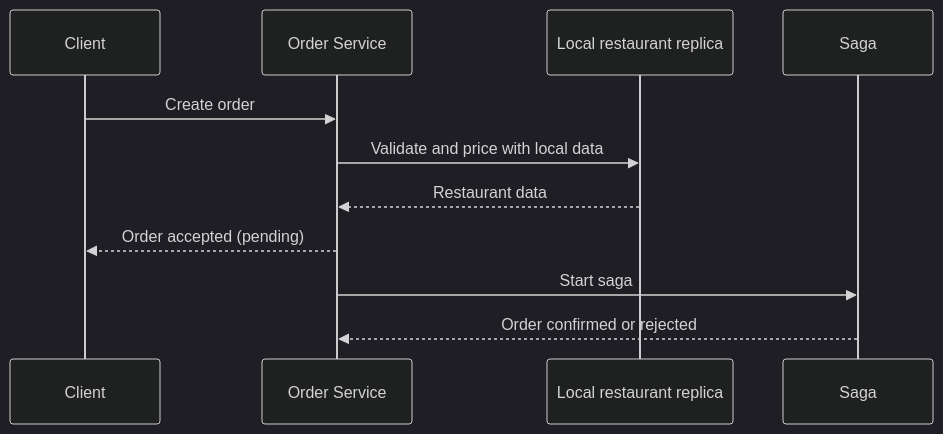
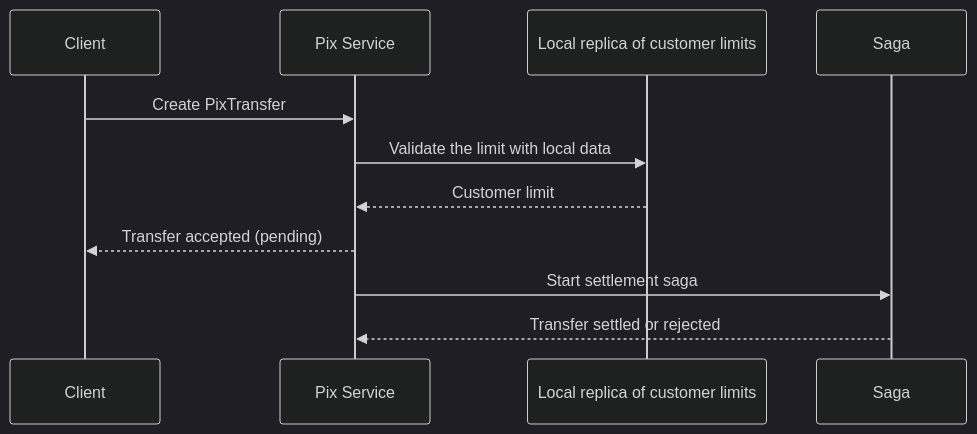
The diagram in i18n/en/docusaurus-plugin-content-docs/current/architecture/microservices/service-boundaries/self-contained-service.md (alancesar/design-patterns), drawn with Mermaid (dark theme) before and after one commit. The commit also changed other lines of this file and 27 other files, not shown here.

Commit message:
Switch microservices concrete diagrams to fintech scenarios

````diff
--- a/i18n/en/docusaurus-plugin-content-docs/current/architecture/microservices/service-boundaries/self-contained-service.md
+++ b/i18n/en/docusaurus-plugin-content-docs/current/architecture/microservices/service-boundaries/self-contained-service.md
@@ -50,13 +50,13 @@
 ```mermaid
 sequenceDiagram
     participant C as Client
-    participant P as Order Service
-    participant R as Local restaurant replica
+    participant P as Pix Service
+    participant R as Local replica of customer limits
     participant S as Saga
-    C->>P: Create order
-    P->>R: Validate and price with local data
-    R-->>P: Restaurant data
-    P-->>C: Order accepted (pending)
-    P->>S: Start saga
-    S-->>P: Order confirmed or rejected
+    C->>P: Create PixTransfer
+    P->>R: Validate the limit with local data
+    R-->>P: Customer limit
+    P-->>C: Transfer accepted (pending)
+    P->>S: Start settlement saga
+    S-->>P: Transfer settled or rejected
 ```
````
